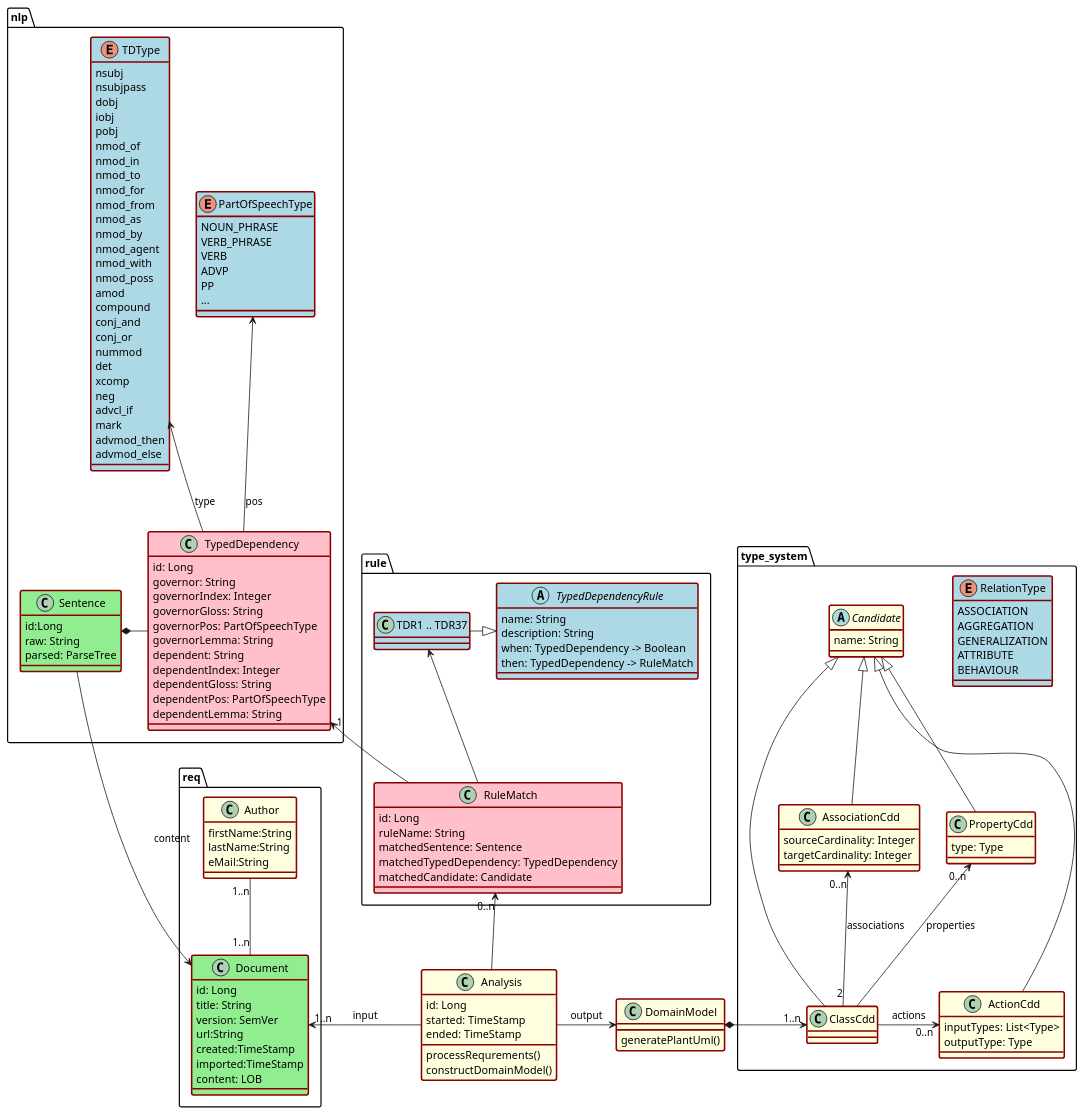
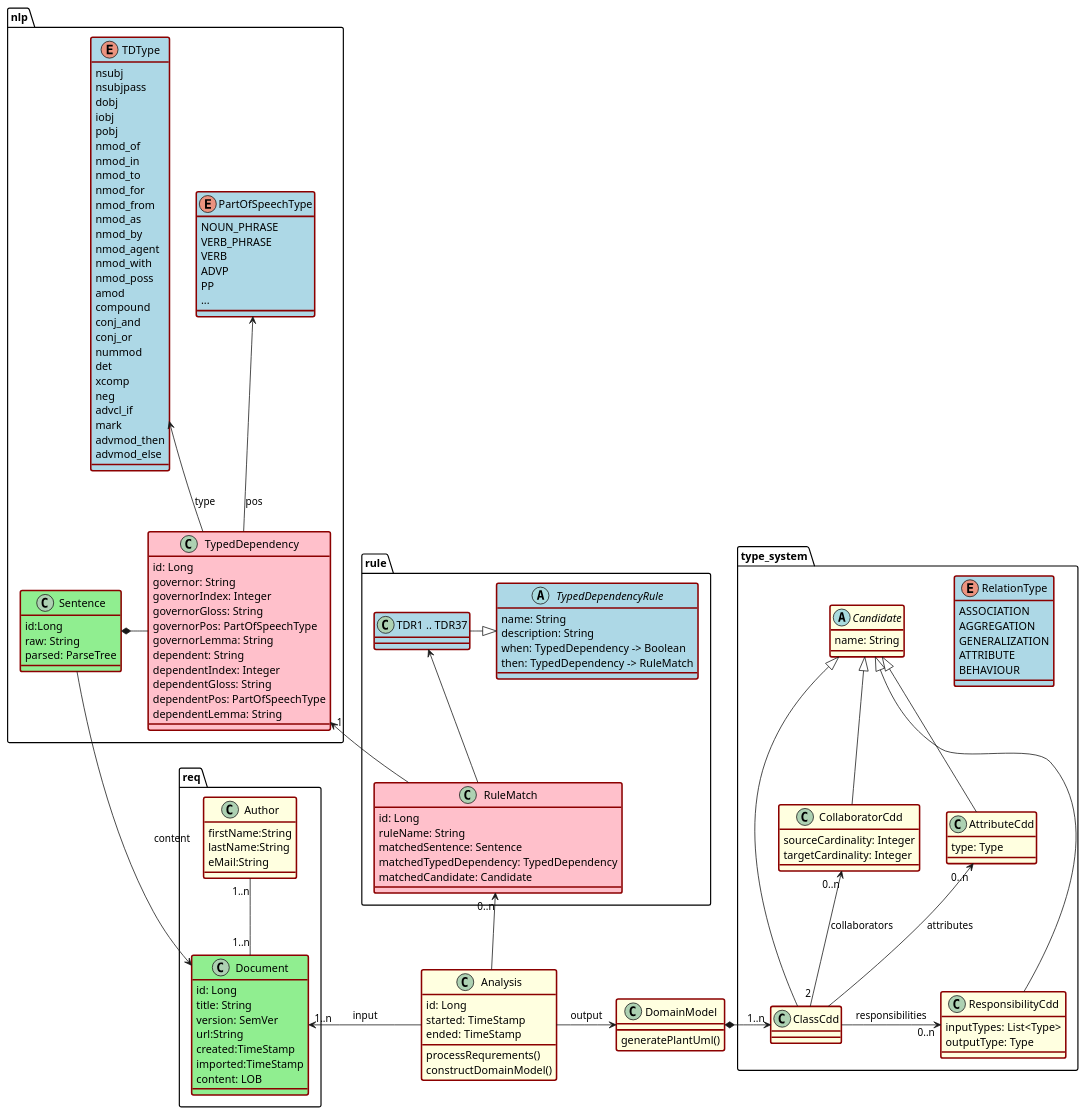
One commit to joerg-rade/domox changed the diagram in docs/application/c4_code.puml. Above: the diagram before and after it, drawn with PlantUML. The commit also changed 60 other files, not shown here.

Commit message:
fix TODO-15: Schema / DDL

```diff
--- a/docs/application/c4_code.puml
+++ b/docs/application/c4_code.puml
@@ -1,160 +1,160 @@
 @startuml
 skinparam ClassBorderColor DarkRed
 skinparam ClassBorderThickness 2
 skinparam ClassBackgroundColor LightYellow
 
 package "req" {
     class Author #lightyellow {
         firstName:String
         lastName:String
         eMail:String
     }
     class Document #lightgreen{
         id: Long
         title: String
         version: SemVer
         url:String
         created:TimeStamp
         imported:TimeStamp
         content: LOB
     }
     Document "1..n" -up- "1..n" Author
 }
 
 package nlp {
     class Sentence #lightgreen{
         id:Long
         raw: String
         parsed: ParseTree
     }
 
     enum PartOfSpeechType #lightblue {
         NOUN_PHRASE
         VERB_PHRASE
         VERB
         ADVP
         PP
         ...
     }
 
     enum TDType #lightblue {
         nsubj
         nsubjpass
         dobj
         iobj
         pobj
         nmod_of
         nmod_in
         nmod_to
         nmod_for
         nmod_from
         nmod_as
         nmod_by
         nmod_agent
         nmod_with
         nmod_poss
         amod
         compound
         conj_and
         conj_or
         nummod
         det
         xcomp
         neg
         advcl_if
         mark
         advmod_then
         advmod_else
     }
 
     class TypedDependency #pink {
         id: Long
         governor: String
         governorIndex: Integer
         governorGloss: String
         governorPos: PartOfSpeechType
         governorLemma: String
         dependent: String
         dependentIndex: Integer
         dependentGloss: String
         dependentPos: PartOfSpeechType
         dependentLemma: String
     }
     Sentence *- TypedDependency
 
     TypedDependency -up-> TDType : type
     TypedDependency -up-> PartOfSpeechType : pos
 
 }
 
 package type_system {
     enum RelationType #lightblue {
         ASSOCIATION
         AGGREGATION
         GENERALIZATION
         ATTRIBUTE
         BEHAVIOUR
     }
 
     abstract class Candidate {
         name: String
     }
     class ClassCdd extends Candidate {}
-    class PropertyCdd extends Candidate {
+    class AttributeCdd extends Candidate {
         type: Type
     }
-    class ActionCdd extends Candidate {
+    class ResponsibilityCdd extends Candidate {
         inputTypes: List<Type>
         outputType: Type
     }
-    class AssociationCdd extends Candidate {
+    class CollaboratorCdd extends Candidate {
         sourceCardinality: Integer
         targetCardinality: Integer
     }
-    ClassCdd -up-> "0..n" PropertyCdd : properties
-    ClassCdd -> "0..n" ActionCdd : actions
-    ClassCdd "2" -up-> "0..n" AssociationCdd : associations
+    ClassCdd -up-> "0..n" AttributeCdd : attributes
+    ClassCdd -> "0..n" ResponsibilityCdd : responsibilities
+    ClassCdd "2" -up-> "0..n" CollaboratorCdd : collaborators
 
 }
 
 package rule {
     class RuleMatch #pink {
         id: Long
         ruleName: String
         matchedSentence: Sentence
         matchedTypedDependency: TypedDependency
         matchedCandidate: Candidate
     }
     RuleMatch -up-> "1" TypedDependency
 
     abstract class TypedDependencyRule #lightblue {
         name: String
         description: String
         when: TypedDependency -> Boolean
         then: TypedDependency -> RuleMatch
     }
     class "TDR1 .. TDR37" as TDR #lightblue {
     }
     TDR -|> TypedDependencyRule
     RuleMatch -up-> TDR
 }
 Sentence -> Document : content
 
 class Analysis {
     id: Long
     started: TimeStamp
     ended: TimeStamp
     processRequrements()
     constructDomainModel()
 }
 class DomainModel {
     generatePlantUml()
 }
 
 DomainModel *-> "1..n" ClassCdd
 
 Analysis -> "1..n" Document : input
 Analysis -up-> "0..n" RuleMatch
 Analysis -> DomainModel : output
 
 @enduml
```
